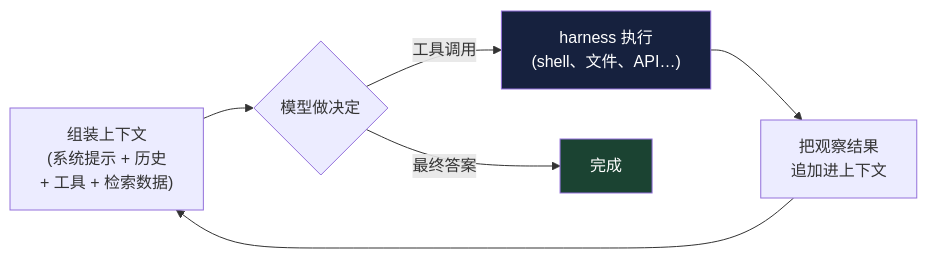
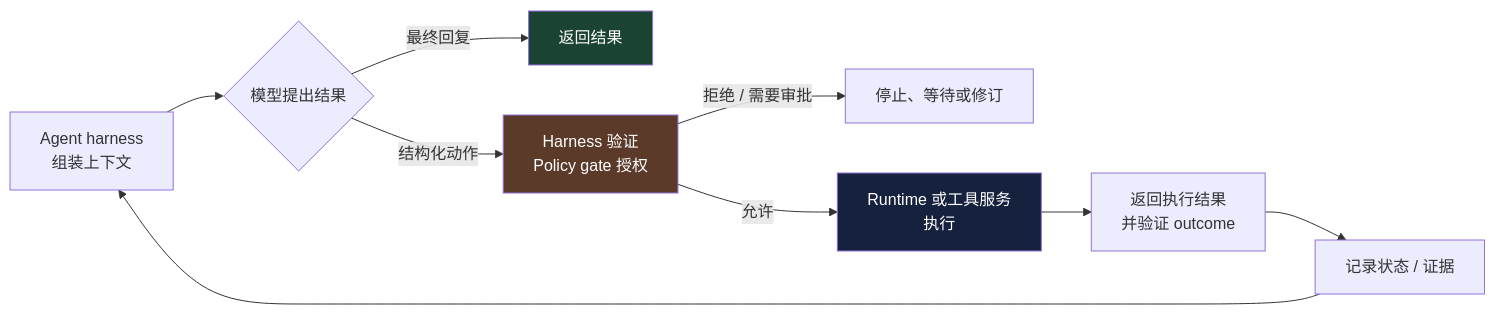
Before and after one commit to Jin-Fang/Agentic-AI-Study: the diagram in agent-harness-zh/01-what-is-an-agent-harness.md, drawn with Mermaid. The commit also changed other lines of this file and 131 other files, not shown here.

Commit message:
Revise and align Foundations and Agent Harness books

````diff
--- a/agent-harness-zh/01-what-is-an-agent-harness.md
+++ b/agent-harness-zh/01-what-is-an-agent-harness.md
@@ -19,11 +28,15 @@
 ```mermaid
 flowchart LR
-    A["组装上下文<br/>(系统提示 + 历史<br/>+ 工具 + 检索数据)"] --> B{"模型做决定"}
-    B -->|"工具调用"| C["harness 执行<br/>(shell、文件、API…)"]
-    C --> D["把观察结果<br/>追加进上下文"]
-    D --> A
-    B -->|"最终答案"| E["完成"]
+    A["Agent harness<br/>组装上下文"] --> B{"模型提出结果"}
+    B -->|"最终回复"| F["返回结果"]
+    B -->|"结构化动作"| C["Harness 验证<br/>Policy gate 授权"]
+    C -->|"拒绝 / 需要审批"| G["停止、等待或修订"]
+    C -->|"允许"| D["Runtime 或工具服务<br/>执行"]
+    D --> E["返回执行结果<br/>并验证 outcome"]
+    E --> H["记录状态 / 证据"]
+    H --> A
 
-    style C fill:#16213e,color:#fff
-    style E fill:#1b4332,color:#fff
+    style C fill:#5b3a29,color:#fff
+    style D fill:#16213e,color:#fff
+    style F fill:#1b4332,color:#fff
 ```
````
